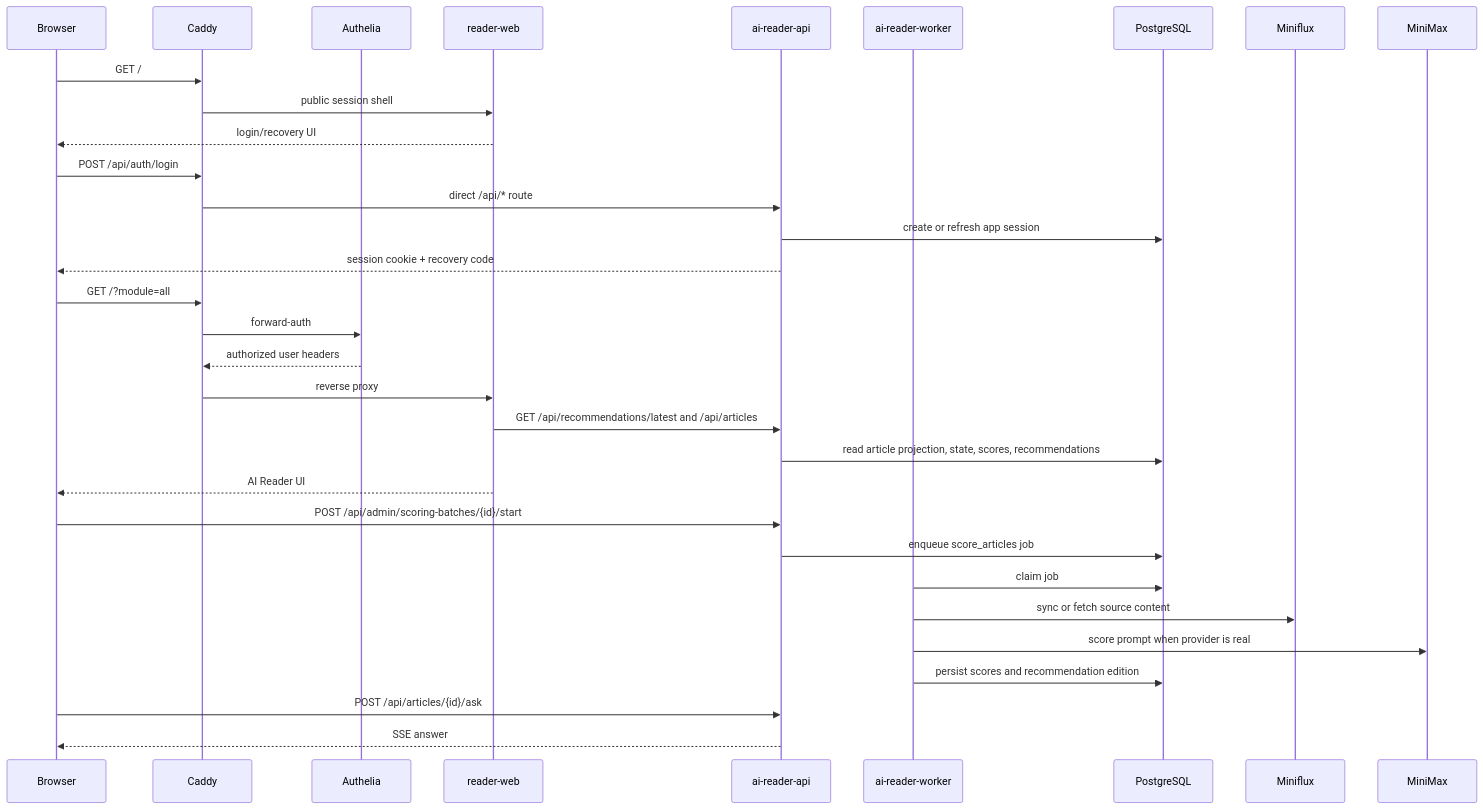
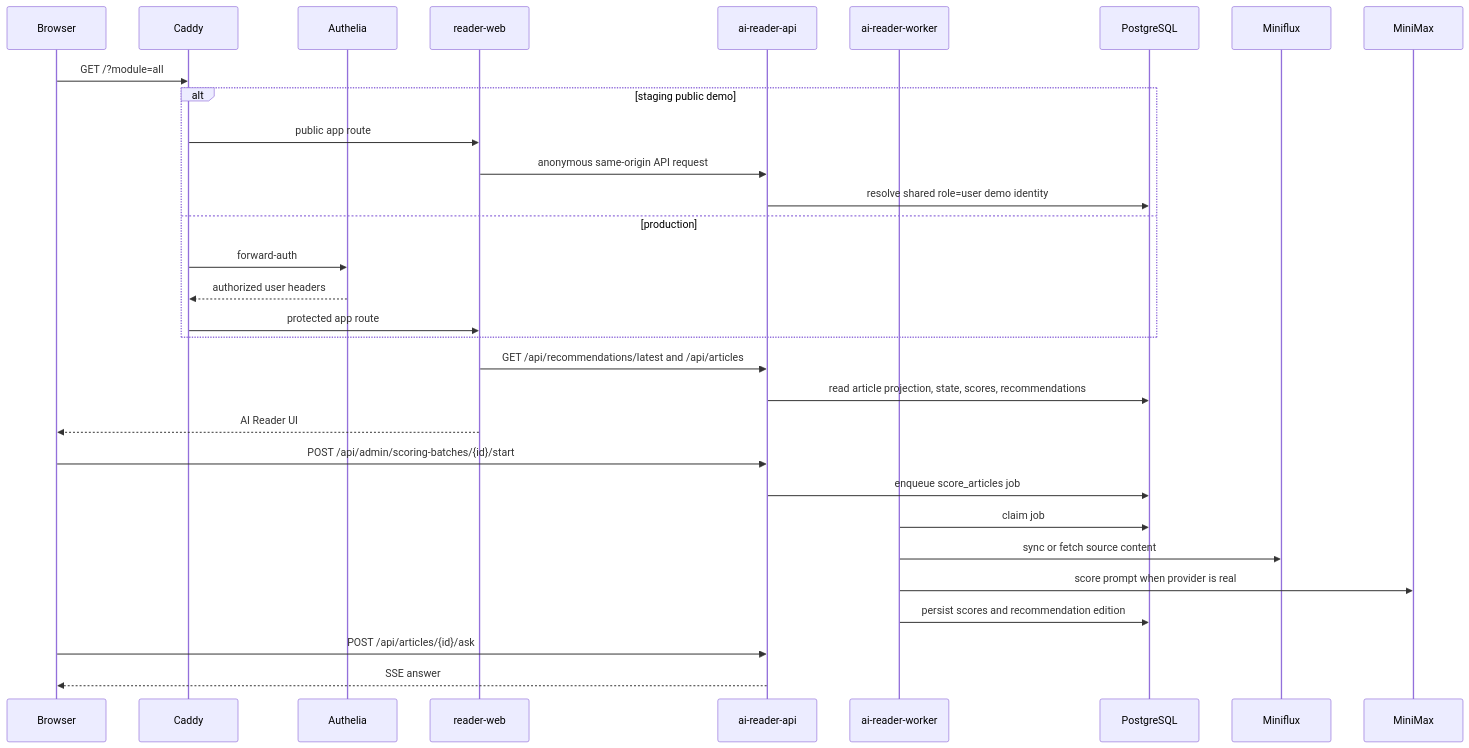
Before and after one commit to blankhoney/reno_rss: the diagram in TECHNICAL.md, drawn with Mermaid. The commit also changed other lines of this file and 5 other files, not shown here.

````diff
--- a/TECHNICAL.md
+++ b/TECHNICAL.md
@@ -21,38 +21,35 @@
 ```mermaid
 sequenceDiagram
   participant Browser
   participant Caddy
   participant Authelia
   participant Reader as reader-web
   participant API as ai-reader-api
   participant Worker as ai-reader-worker
   participant DB as PostgreSQL
   participant Miniflux
   participant LLM as MiniMax
 
-  Browser->>Caddy: GET /
-  Caddy->>Reader: public session shell
-  Reader-->>Browser: login/recovery UI
-
-  Browser->>Caddy: POST /api/auth/login
-  Caddy->>API: direct /api/* route
-  API->>DB: create or refresh app session
-  API-->>Browser: session cookie + recovery code
-
   Browser->>Caddy: GET /?module=all
-  Caddy->>Authelia: forward-auth
-  Authelia-->>Caddy: authorized user headers
-  Caddy->>Reader: reverse proxy
+  alt staging public demo
+    Caddy->>Reader: public app route
+    Reader->>API: anonymous same-origin API request
+    API->>DB: resolve shared role=user demo identity
+  else production
+    Caddy->>Authelia: forward-auth
+    Authelia-->>Caddy: authorized user headers
+    Caddy->>Reader: protected app route
+  end
   Reader->>API: GET /api/recommendations/latest and /api/articles
   API->>DB: read article projection, state, scores, recommendations
   Reader-->>Browser: AI Reader UI
 
   Browser->>API: POST /api/admin/scoring-batches/{id}/start
   API->>DB: enqueue score_articles job
   Worker->>DB: claim job
   Worker->>Miniflux: sync or fetch source content
   Worker->>LLM: score prompt when provider is real
   Worker->>DB: persist scores and recommendation edition
   Browser->>API: POST /api/articles/{id}/ask
   API-->>Browser: SSE answer
 ```
````
